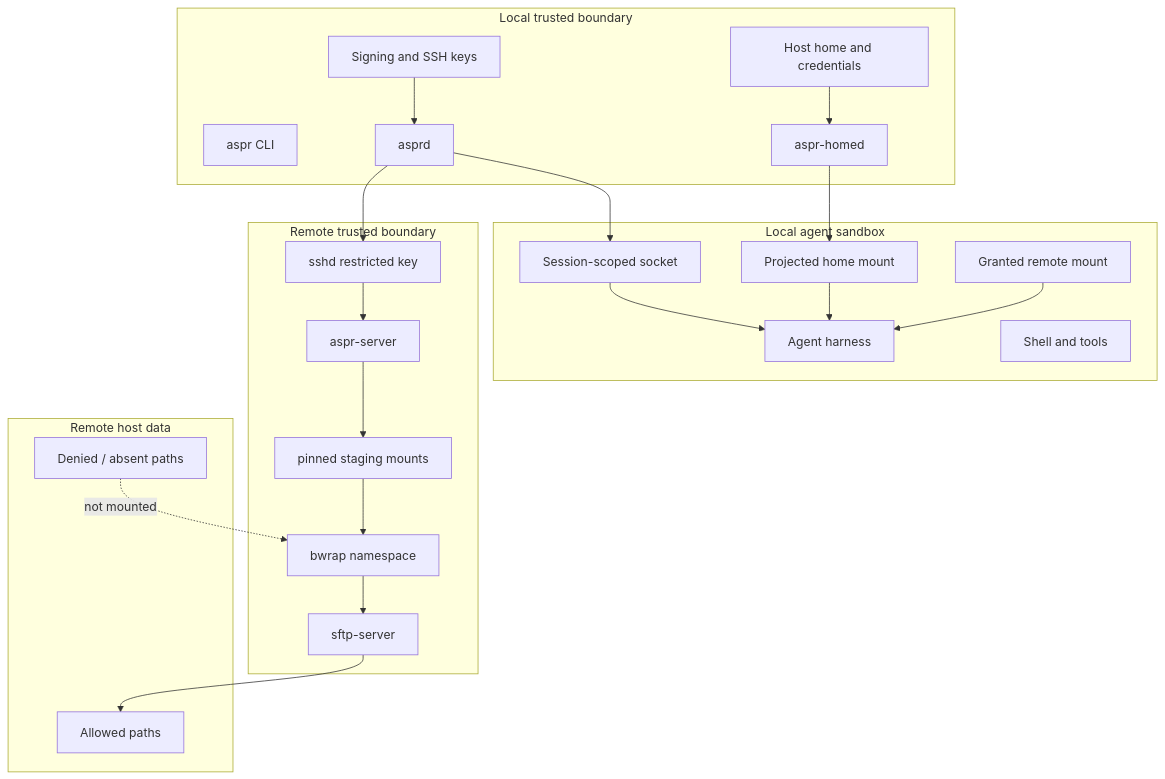
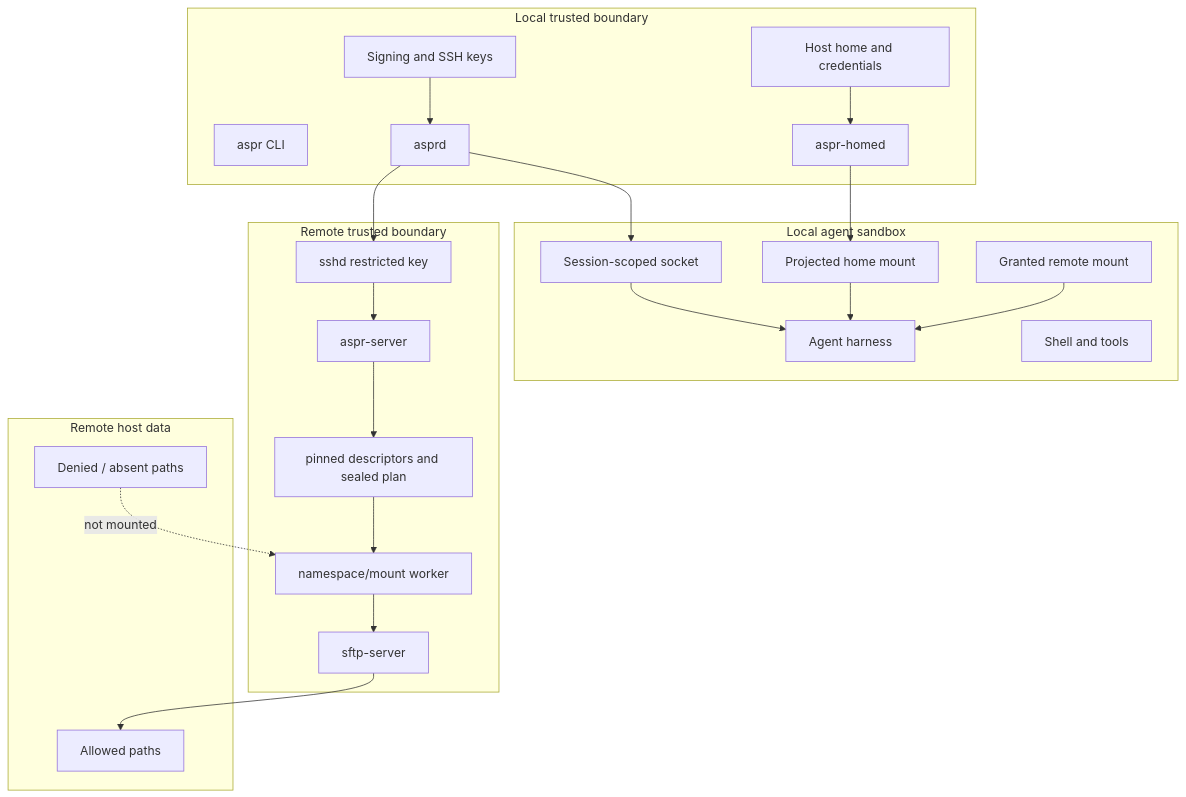
Before and after one commit to v7x/astral-project: the second of 7 diagrams in docs/architecture/plain-english/astral-project-final-architecture.md, drawn with Mermaid. The commit also changed other lines of this file and 10 other files, not shown here.

Commit message:
docs: reconcile Packet 15 architecture and support evidence

````diff
--- a/docs/architecture/plain-english/astral-project-final-architecture.md
+++ b/docs/architecture/plain-english/astral-project-final-architecture.md
@@ -271,46 +271,46 @@
 ```mermaid
 flowchart TB
     subgraph LocalTrusted["Local trusted boundary"]
         CLI[aspr CLI]
         D[asprd]
         HP[Host home and credentials]
         PH[aspr-homed]
         RK[Signing and SSH keys]
     end
 
     subgraph LocalUntrusted["Local agent sandbox"]
         AG[Agent harness]
         SH[Shell and tools]
         PM[Projected home mount]
         RM[Granted remote mount]
         SS[Session-scoped socket]
     end
 
     subgraph RemoteTrusted["Remote trusted boundary"]
         SSHD[sshd restricted key]
         AS[aspr-server]
-        STG[pinned staging mounts]
-        BW[bwrap namespace]
+        STG[pinned descriptors and sealed plan]
+        BW[namespace/mount worker]
         SFTP[sftp-server]
     end
 
     subgraph RemoteData["Remote host data"]
         AL[Allowed paths]
         DN[Denied / absent paths]
     end
 
     HP --> PH
     RK --> D
     PH --> PM
     D --> SS
     D --> SSHD
     SS --> AG
     PM --> AG
     RM --> AG
     SSHD --> AS
     AS --> STG
     STG --> BW
     BW --> SFTP
     SFTP --> AL
     DN -. not mounted .-> BW
 ```
````
